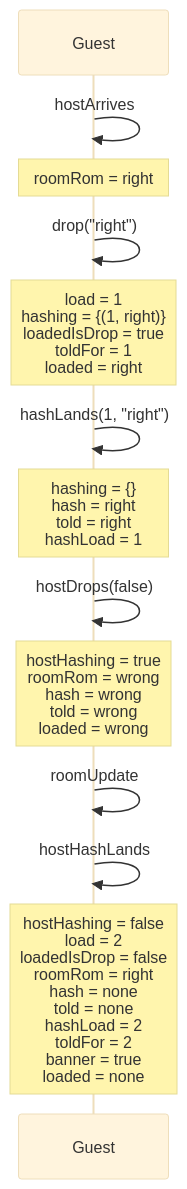
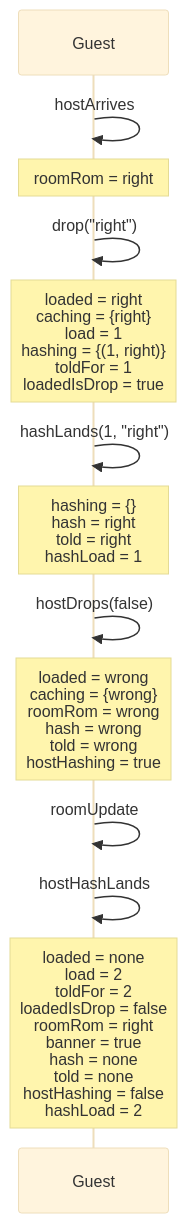
Diagram 23 of 27 in docs/spec-traces.md (kwilson21/kaillera-next), drawn with Mermaid (base theme) before and after one commit. The commit also changed other lines of this file and 11 other files, not shown here.

````diff
--- a/docs/spec-traces.md
+++ b/docs/spec-traces.md
@@ -631,15 +631,15 @@
 ```mermaid
 sequenceDiagram
   participant Guest
   Guest->>Guest: hostArrives
   Note over Guest: roomRom = right
   Guest->>Guest: drop("right")
-  Note over Guest: load = 1<br/>hashing = {(1, right)}<br/>loadedIsDrop = true<br/>toldFor = 1<br/>loaded = right
+  Note over Guest: loaded = right<br/>caching = {right}<br/>load = 1<br/>hashing = {(1, right)}<br/>toldFor = 1<br/>loadedIsDrop = true
   Guest->>Guest: hashLands(1, "right")
   Note over Guest: hashing = {}<br/>hash = right<br/>told = right<br/>hashLoad = 1
   Guest->>Guest: hostDrops(false)
-  Note over Guest: hostHashing = true<br/>roomRom = wrong<br/>hash = wrong<br/>told = wrong<br/>loaded = wrong
+  Note over Guest: loaded = wrong<br/>caching = {wrong}<br/>roomRom = wrong<br/>hash = wrong<br/>told = wrong<br/>hostHashing = true
   Guest->>Guest: roomUpdate
   Guest->>Guest: hostHashLands
-  Note over Guest: hostHashing = false<br/>load = 2<br/>loadedIsDrop = false<br/>roomRom = right<br/>hash = none<br/>told = none<br/>hashLoad = 2<br/>toldFor = 2<br/>banner = true<br/>loaded = none
+  Note over Guest: loaded = none<br/>load = 2<br/>toldFor = 2<br/>loadedIsDrop = false<br/>roomRom = right<br/>banner = true<br/>hash = none<br/>told = none<br/>hostHashing = false<br/>hashLoad = 2
 ```
````
